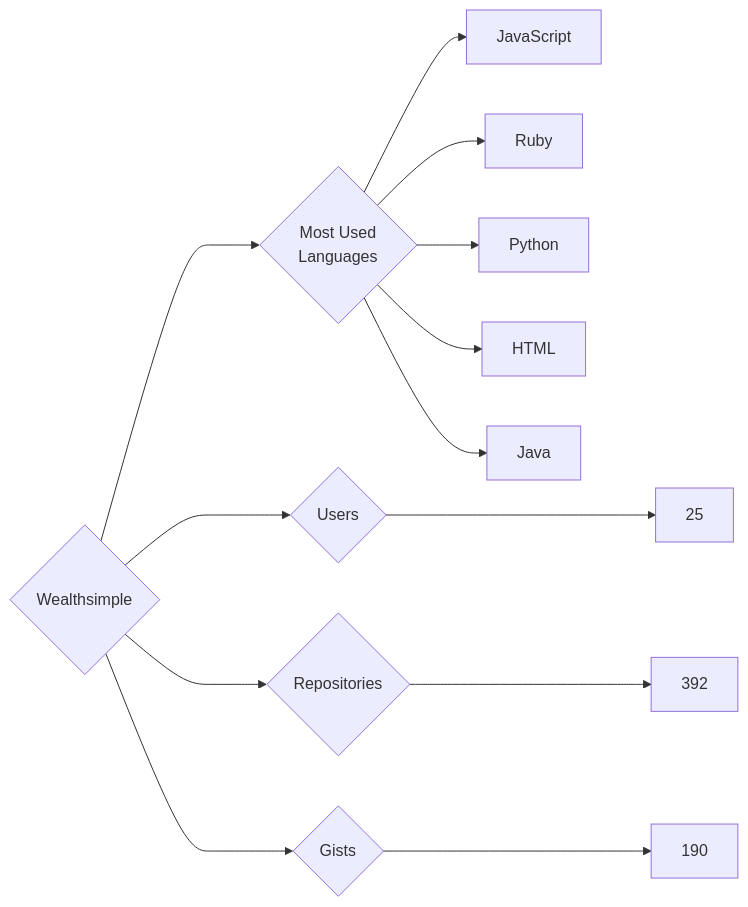
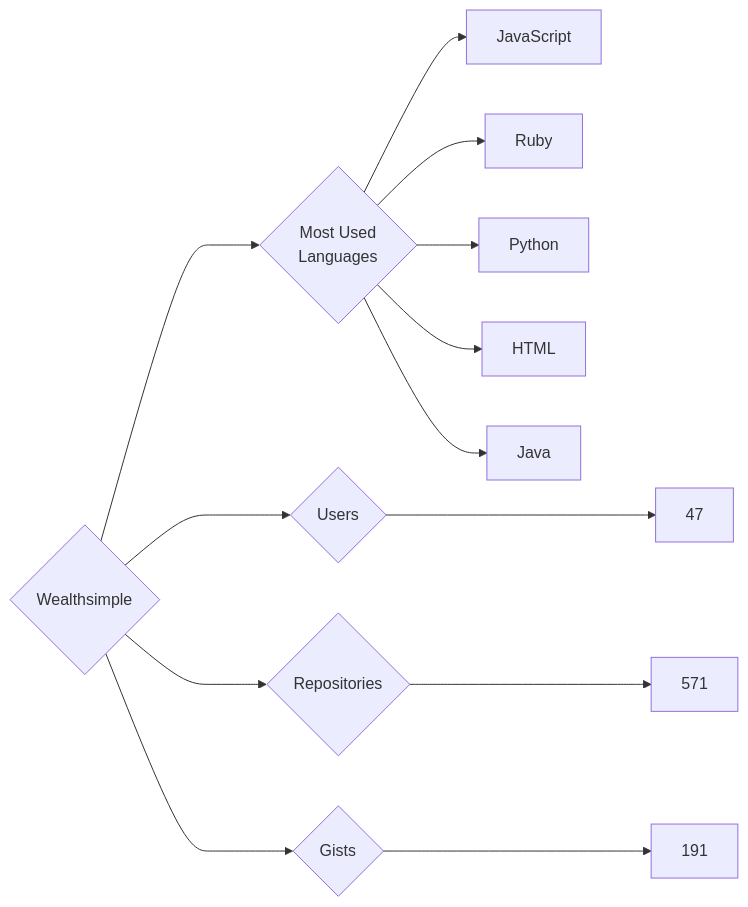
Before and after one commit to trickest/insiders: the diagram in targets/Wealthsimple/README.md, drawn with Mermaid. The commit also changed 833 other files, not shown here.

````diff
--- a/targets/Wealthsimple/README.md
+++ b/targets/Wealthsimple/README.md
@@ -3,13 +3,13 @@
 ```mermaid
 graph LR
 COMPANY_NAME{Wealthsimple}
-COMPANY_NAME ---> U{Users} ---> UN[25]
-COMPANY_NAME ---> R{Repositories} ---> RN[392]
-COMPANY_NAME ---> G{Gists} ---> GN[190]
+COMPANY_NAME ---> U{Users} ---> UN[47]
+COMPANY_NAME ---> R{Repositories} ---> RN[571]
+COMPANY_NAME ---> G{Gists} ---> GN[191]
 COMPANY_NAME ---> ML{Most Used<br>Languages}
 ML --> JavaScript[JavaScript]
 ML --> Ruby[Ruby]
 ML --> Python[Python]
 ML --> HTML[HTML]
 ML --> Java[Java]
 ```
````
